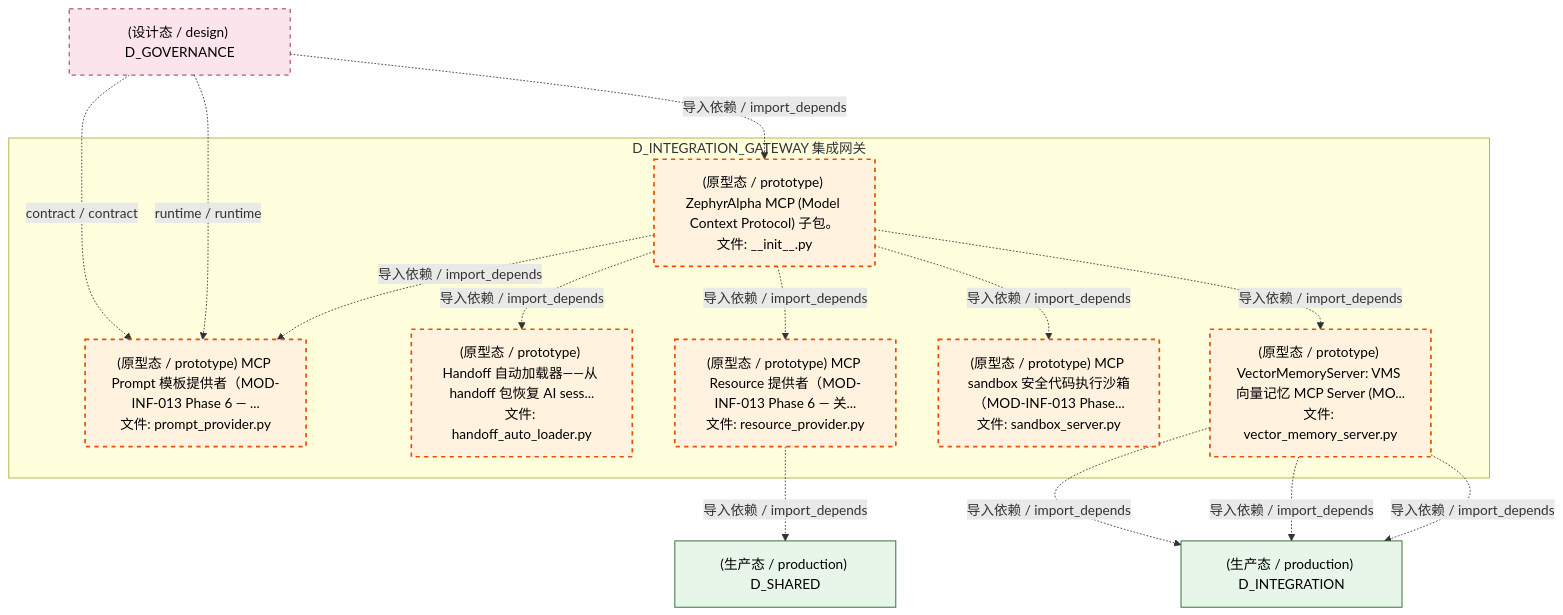
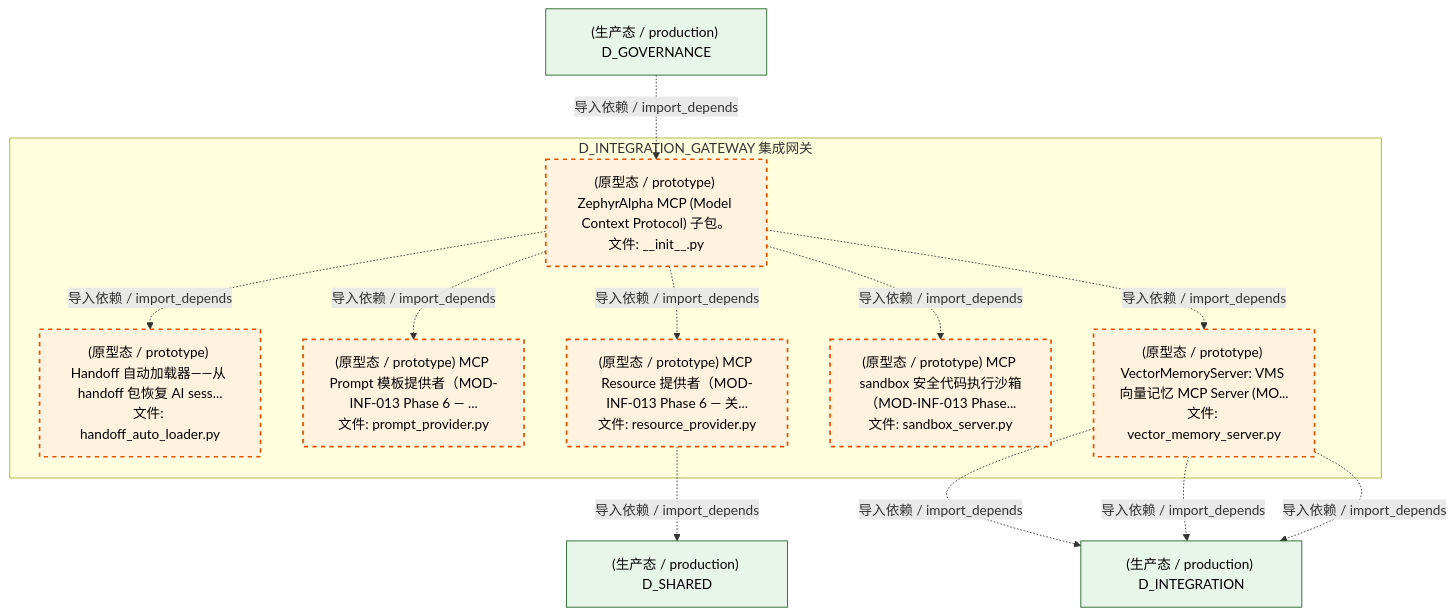
Before and after one commit to xuanFelixVan/ZephyrAlpha: the third of 4 diagrams in docs/02_enterprise_architecture/02_domain_architecture_docs/13_d_integration_gateway.md, drawn with Mermaid. The commit also changed other lines of this file and 100 other files, not shown here.

````diff
--- a/docs/02_enterprise_architecture/02_domain_architecture_docs/13_d_integration_gateway.md
+++ b/docs/02_enterprise_architecture/02_domain_architecture_docs/13_d_integration_gateway.md
@@ -261,33 +259,30 @@
 ```mermaid
 graph TD
     subgraph D_INTEGRATION_GATEWAY["D_INTEGRATION_GATEWAY 集成网关"]
         src_zephyr_integration_mcp_init_py["(原型态 / prototype) ZephyrAlpha MCP (Model Context Protocol) 子包。<br/>文件: __init__.py"]
         src_zephyr_integration_mcp_handoff_auto_loader_py["(原型态 / prototype) Handoff 自动加载器——从 handoff 包恢复 AI sess...<br/>文件: handoff_auto_loader.py"]
         src_zephyr_integration_mcp_prompt_provider_py["(原型态 / prototype) MCP Prompt 模板提供者（MOD-INF-013 Phase 6 — ...<br/>文件: prompt_provider.py"]
         src_zephyr_integration_mcp_resource_provider_py["(原型态 / prototype) MCP Resource 提供者（MOD-INF-013 Phase 6 — 关...<br/>文件: resource_provider.py"]
         src_zephyr_integration_mcp_sandbox_server_py["(原型态 / prototype) MCP sandbox 安全代码执行沙箱（MOD-INF-013 Phase...<br/>文件: sandbox_server.py"]
         src_zephyr_integration_mcp_vector_memory_server_py["(原型态 / prototype) VectorMemoryServer: VMS 向量记忆 MCP Server (MO...<br/>文件: vector_memory_server.py"]
     end
+    src_zephyr_integration_mcp_init_py -.->|导入依赖 / import_depends| src_zephyr_integration_mcp_handoff_auto_loader_py
+    src_zephyr_integration_mcp_init_py -.->|导入依赖 / import_depends| src_zephyr_integration_mcp_sandbox_server_py
+    src_zephyr_integration_mcp_init_py -.->|导入依赖 / import_depends| src_zephyr_integration_mcp_resource_provider_py
     src_zephyr_integration_mcp_init_py -.->|导入依赖 / import_depends| src_zephyr_integration_mcp_prompt_provider_py
-    src_zephyr_integration_mcp_init_py -.->|导入依赖 / import_depends| src_zephyr_integration_mcp_handoff_auto_loader_py
-    src_zephyr_integration_mcp_init_py -.->|导入依赖 / import_depends| src_zephyr_integration_mcp_resource_provider_py
-    src_zephyr_integration_mcp_init_py -.->|导入依赖 / import_depends| src_zephyr_integration_mcp_sandbox_server_py
     src_zephyr_integration_mcp_init_py -.->|导入依赖 / import_depends| src_zephyr_integration_mcp_vector_memory_server_py
     D_SHARED["(生产态 / production) D_SHARED"]
     src_zephyr_integration_mcp_resource_provider_py -.->|导入依赖 / import_depends| D_SHARED
     D_INTEGRATION["(生产态 / production) D_INTEGRATION"]
     src_zephyr_integration_mcp_vector_memory_server_py -.->|导入依赖 / import_depends| D_INTEGRATION
     src_zephyr_integration_mcp_vector_memory_server_py -.->|导入依赖 / import_depends| D_INTEGRATION
     src_zephyr_integration_mcp_vector_memory_server_py -.->|导入依赖 / import_depends| D_INTEGRATION
-    D_GOVERNANCE["(设计态 / design) D_GOVERNANCE"]
-    D_GOVERNANCE -.->|contract / contract| src_zephyr_integration_mcp_prompt_provider_py
-    D_GOVERNANCE -.->|runtime / runtime| src_zephyr_integration_mcp_prompt_provider_py
+    D_GOVERNANCE["(生产态 / production) D_GOVERNANCE"]
     D_GOVERNANCE -.->|导入依赖 / import_depends| src_zephyr_integration_mcp_init_py
     classDef production fill:#e1f5fe,stroke:#01579b,stroke-width:2px,color:#000
     classDef design fill:#fff3e0,stroke:#e65100,stroke-width:2px,color:#000,stroke-dasharray: 5 5
     classDef external_prod fill:#e8f5e9,stroke:#1b5e20,stroke-width:1px,color:#000
     classDef external_design fill:#fce4ec,stroke:#880e4f,stroke-width:1px,color:#000,stroke-dasharray: 5 5
     class src_zephyr_integration_mcp_init_py,src_zephyr_integration_mcp_handoff_auto_loader_py,src_zephyr_integration_mcp_prompt_provider_py,src_zephyr_integration_mcp_resource_provider_py,src_zephyr_integration_mcp_sandbox_server_py,src_zephyr_integration_mcp_vector_memory_server_py design
-    class D_SHARED,D_INTEGRATION external_prod
-    class D_GOVERNANCE external_design
+    class D_SHARED,D_INTEGRATION,D_GOVERNANCE external_prod
 ```
````
